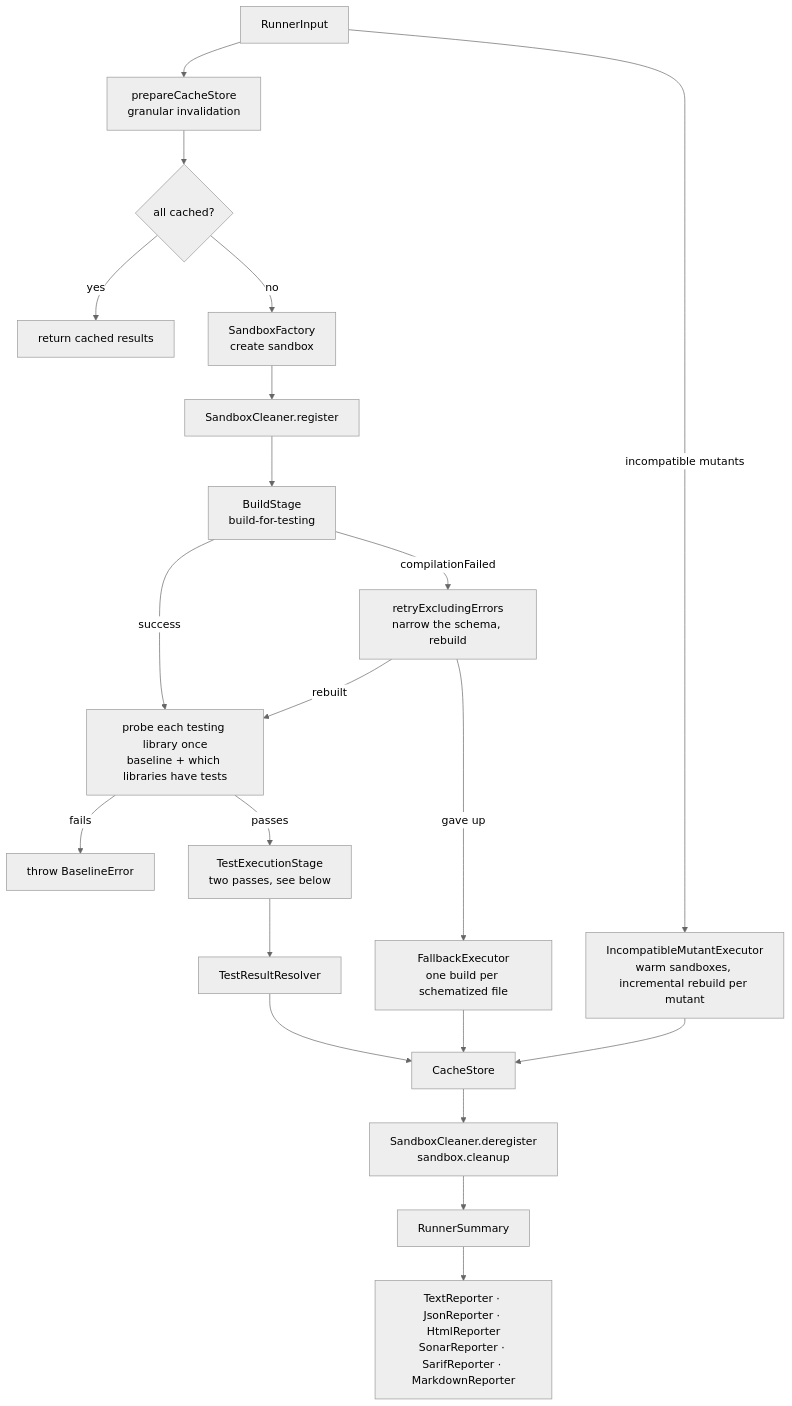
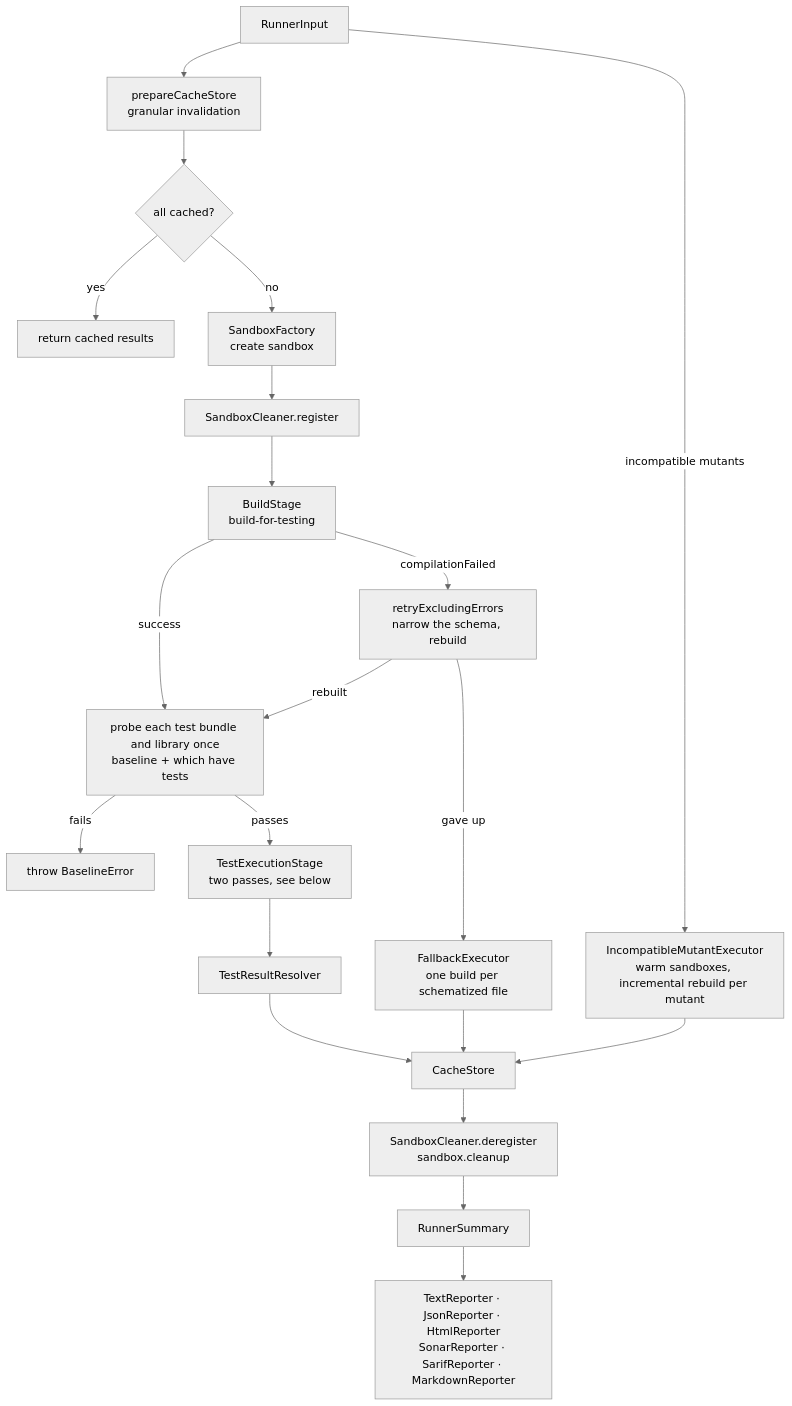
The first of 6 diagrams in Docs/Architecture/03-execution.md (C24-Bank/swift-mutation-testing), drawn with Mermaid (neutral theme) before and after one commit. The commit also changed other lines of this file and 3 other files, not shown here.

Commit message:
docs: describe probing and running every test bundle, and where a targeted run goes

````diff
--- a/Docs/Architecture/03-execution.md
+++ b/Docs/Architecture/03-execution.md
@@ -11,23 +11,23 @@
 ```mermaid
 flowchart TD
     IN[RunnerInput] --> PREP[prepareCacheStore\ngranular invalidation]
     PREP --> ALLCACHED{all cached?}
     ALLCACHED -- yes --> RETURN[return cached results]
     ALLCACHED -- no --> SF[SandboxFactory\ncreate sandbox]
     SF --> REG[SandboxCleaner.register]
     REG --> BS[BuildStage\nbuild-for-testing]
     BS -- compilationFailed --> RETRY[retryExcludingErrors\nnarrow the schema, rebuild]
     RETRY -- gave up --> FBP[FallbackExecutor\none build per schematized file]
-    BS -- success --> PROBE[probe each testing library once\nbaseline + which libraries have tests]
+    BS -- success --> PROBE[probe each test bundle and library once\nbaseline + which have tests]
     RETRY -- rebuilt --> PROBE
     PROBE -- fails --> ABORT[throw BaselineError]
     PROBE -- passes --> TES[TestExecutionStage\ntwo passes, see below]
     TES --> TR[TestResultResolver]
     TR --> CACHE[CacheStore]
     FBP --> CACHE
     IN -- incompatible mutants --> IME[IncompatibleMutantExecutor\nwarm sandboxes, incremental rebuild per mutant]
     IME --> CACHE
     CACHE --> DEREG[SandboxCleaner.deregister\nsandbox.cleanup]
     DEREG --> SUM[RunnerSummary]
     SUM --> REPORTERS[TextReporter · JsonReporter · HtmlReporter\nSonarReporter · SarifReporter · MarkdownReporter]
 ```
````
